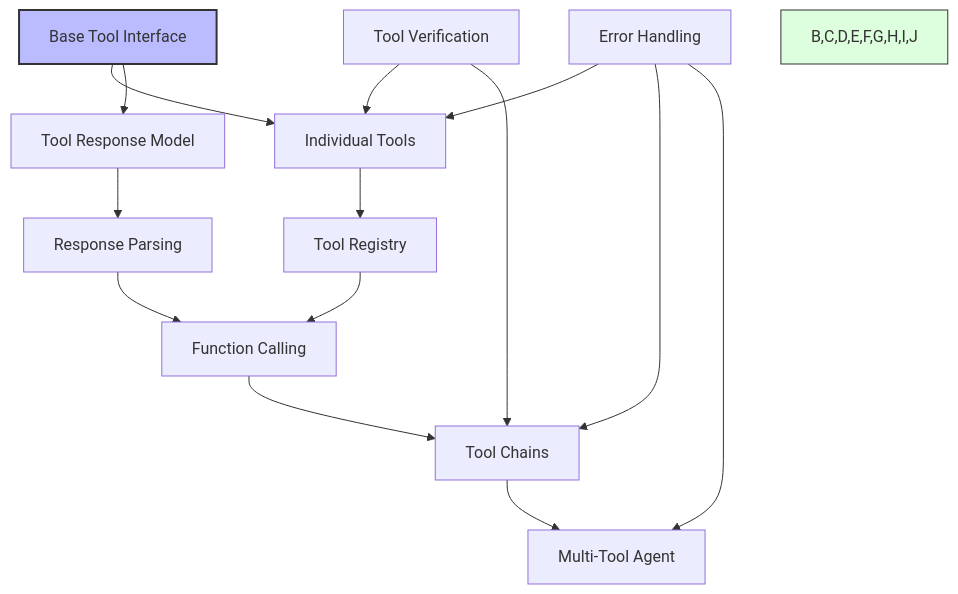
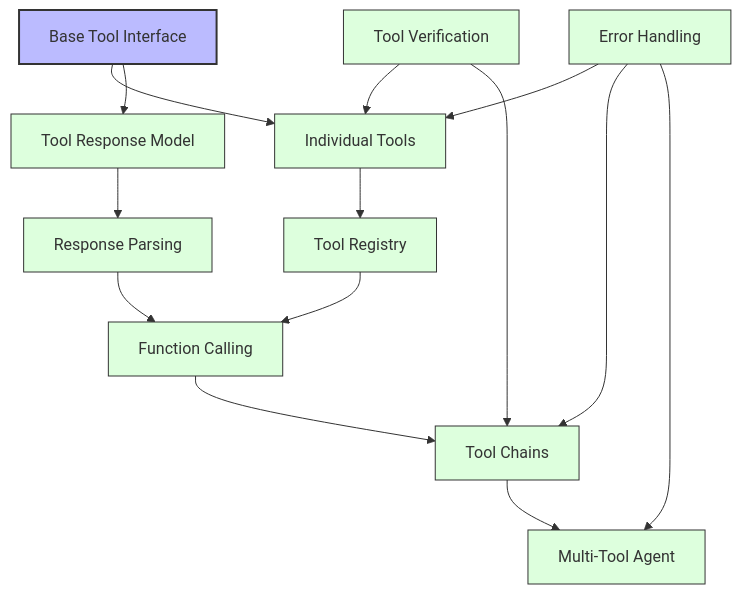
The second of 5 diagrams in module6/diagrams/module6_progressive_journey.md (amlanacharya/Agent), drawn with Mermaid before and after one commit. The commit also changed other lines of this file and 1 other file, not shown here.

````diff
--- a/module6/diagrams/module6_progressive_journey.md
+++ b/module6/diagrams/module6_progressive_journey.md
@@ -48,24 +48,27 @@
 ```mermaid
 flowchart TD
     A[Base Tool Interface] --> B[Individual Tools]
     B --> C[Tool Registry]
-    
+
     A --> D[Tool Response Model]
     D --> E[Response Parsing]
-    
+
     C --> F[Function Calling]
     E --> F
-    
+
     F --> G[Tool Chains]
     G --> H[Multi-Tool Agent]
-    
+
     I[Tool Verification] --> B
     I --> G
-    
+
     J[Error Handling] --> B
     J --> G
     J --> H
-    
-    style A fill:#bbf,stroke:#333,stroke-width:2px
-    style B,C,D,E,F,G,H,I,J fill:#dfd,stroke:#333,stroke-width:1px
+
+    classDef baseNode fill:#bbf,stroke:#333,stroke-width:2px;
+    classDef componentNode fill:#dfd,stroke:#333,stroke-width:1px;
+
+    class A baseNode;
+    class B,C,D,E,F,G,H,I,J componentNode;
 ```
````
